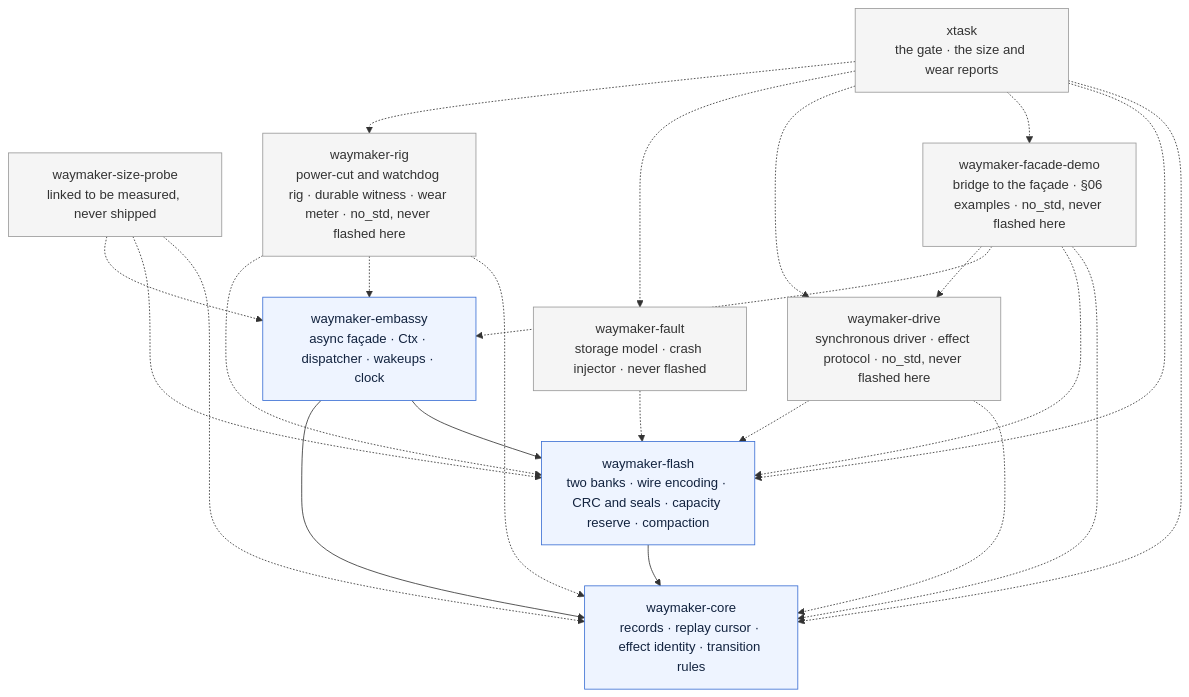
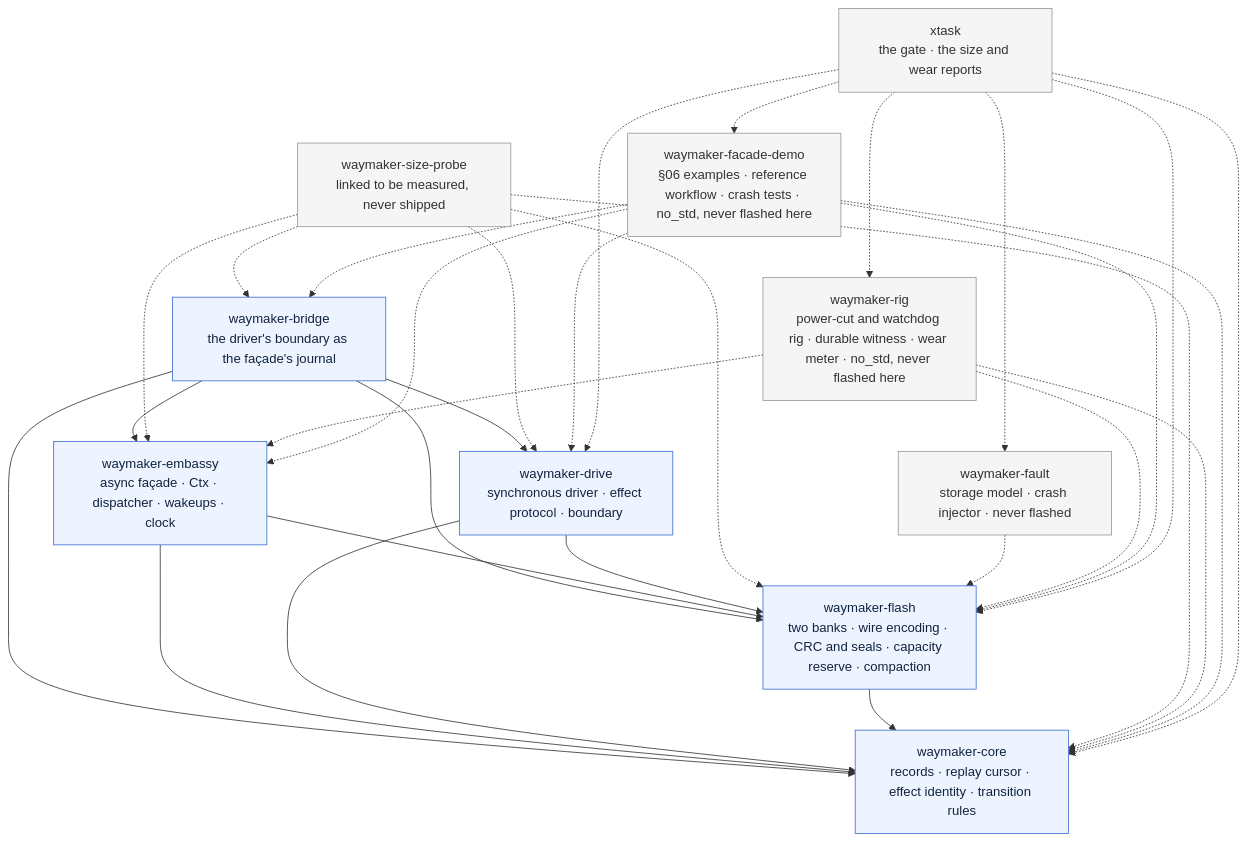
The first of 11 diagrams in docs/architecture.md (madmax983/waymaker), drawn with Mermaid before and after one commit. The commit also changed other lines of this file and 51 other files, not shown here.

First line of the commit message:
Make waymaker-drive and a new waymaker-bridge layers (ADR 0055) (#213)

````diff
--- a/docs/architecture.md
+++ b/docs/architecture.md
@@ -63,41 +64,49 @@
 ```mermaid
 graph TD
+  waymaker-bridge["waymaker-bridge<br/>the driver's boundary as the façade's journal"]
   waymaker-embassy["waymaker-embassy<br/>async façade · Ctx · dispatcher · wakeups · clock"]
+  waymaker-drive["waymaker-drive<br/>synchronous driver · effect protocol · boundary"]
   waymaker-flash["waymaker-flash<br/>two banks · wire encoding · CRC and seals · capacity reserve · compaction"]
   waymaker-core["waymaker-core<br/>records · replay cursor · effect identity · transition rules"]
   waymaker-size-probe["waymaker-size-probe<br/>linked to be measured, never shipped"]
   waymaker-fault["waymaker-fault<br/>storage model · crash injector · never flashed"]
   waymaker-rig["waymaker-rig<br/>power-cut and watchdog rig · durable witness · wear meter · no_std, never flashed here"]
-  waymaker-drive["waymaker-drive<br/>synchronous driver · effect protocol · no_std, never flashed here"]
-  waymaker-facade-demo["waymaker-facade-demo<br/>bridge to the façade · §06 examples · no_std, never flashed here"]
+  waymaker-facade-demo["waymaker-facade-demo<br/>§06 examples · reference workflow · crash tests · no_std, never flashed here"]
   xtask["xtask<br/>the gate · the size and wear reports"]
 
+  waymaker-bridge --> waymaker-core
+  waymaker-bridge --> waymaker-flash
+  waymaker-bridge --> waymaker-drive
+  waymaker-bridge --> waymaker-embassy
   waymaker-embassy --> waymaker-core
   waymaker-embassy --> waymaker-flash
+  waymaker-drive --> waymaker-core
+  waymaker-drive --> waymaker-flash
   waymaker-flash --> waymaker-core
 
+  waymaker-size-probe -.-> waymaker-bridge
+  waymaker-size-probe -.-> waymaker-drive
   waymaker-size-probe -.-> waymaker-embassy
   waymaker-size-probe -.-> waymaker-flash
   waymaker-size-probe -.-> waymaker-core
   waymaker-fault -.-> waymaker-flash
   waymaker-rig -.-> waymaker-flash
   waymaker-rig -.-> waymaker-embassy
   waymaker-rig -.-> waymaker-core
-  waymaker-drive -.-> waymaker-flash
-  waymaker-drive -.-> waymaker-core
+  waymaker-facade-demo -.-> waymaker-bridge
   waymaker-facade-demo -.-> waymaker-drive
   waymaker-facade-demo -.-> waymaker-embassy
   waymaker-facade-demo -.-> waymaker-flash
   waymaker-facade-demo -.-> waymaker-core
   xtask -.-> waymaker-rig
   xtask -.-> waymaker-fault
   xtask -.-> waymaker-drive
   xtask -.-> waymaker-facade-demo
   xtask -.-> waymaker-flash
   xtask -.-> waymaker-core
 
   classDef layer fill:#eef4ff,stroke:#3b6fd4,color:#12233f;
   classDef tool fill:#f5f5f5,stroke:#999999,color:#333333;
-  class waymaker-embassy,waymaker-flash,waymaker-core layer;
-  class waymaker-size-probe,waymaker-fault,waymaker-rig,waymaker-drive,waymaker-facade-demo,xtask tool;
+  class waymaker-bridge,waymaker-embassy,waymaker-drive,waymaker-flash,waymaker-core layer;
+  class waymaker-size-probe,waymaker-fault,waymaker-rig,waymaker-facade-demo,xtask tool;
 ```
````
